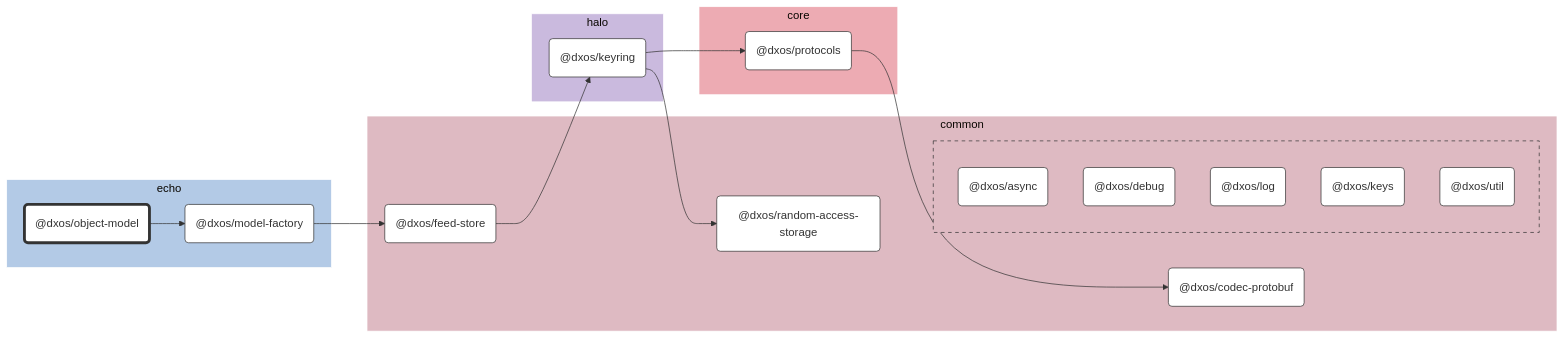
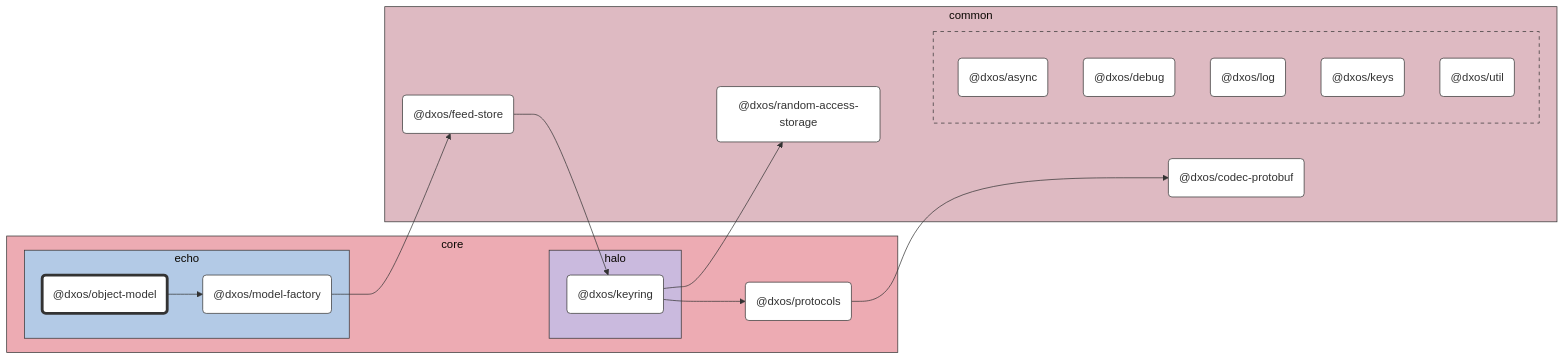
Before and after one commit to dxos/dxos: the diagram in packages/core/echo/object-model/docs/README.md, drawn with Mermaid (base theme). The commit also changed 89 other files, not shown here.

````diff
--- a/packages/core/echo/object-model/docs/README.md
+++ b/packages/core/echo/object-model/docs/README.md
@@ -7,64 +7,64 @@
 ```mermaid
 %%{ init: {'flowchart':{'curve':'basis'}} }%%
 
 flowchart LR
 
 %% Classes
 classDef def fill:#fff,stroke:#333,stroke-width:1px
 classDef root fill:#fff,stroke:#333,stroke-width:4px
 
 %% Nodes
 
-subgraph echo [echo]
-  style echo fill:#b3cae6,stroke:#fff
-  dxos/object-model("@dxos/object-model"):::root
-  click dxos/object-model "dxos/dxos/tree/main/packages/core/echo/object-model/docs"
-  dxos/model-factory("@dxos/model-factory"):::def
-  click dxos/model-factory "dxos/dxos/tree/main/packages/core/echo/model-factory/docs"
+subgraph core [core]
+  style core fill:#edabb3,stroke:#333
+  dxos/protocols("@dxos/protocols"):::def
+  click dxos/protocols "dxos/dxos/tree/main/packages/core/protocols/docs"
+
+  subgraph echo [echo]
+    style echo fill:#b3cae6,stroke:#333
+    dxos/object-model("@dxos/object-model"):::root
+    click dxos/object-model "dxos/dxos/tree/main/packages/core/echo/object-model/docs"
+    dxos/model-factory("@dxos/model-factory"):::def
+    click dxos/model-factory "dxos/dxos/tree/main/packages/core/echo/model-factory/docs"
+  end
+
+  subgraph halo [halo]
+    style halo fill:#cabade,stroke:#333
+    dxos/keyring("@dxos/keyring"):::def
+    click dxos/keyring "dxos/dxos/tree/main/packages/core/halo/keyring/docs"
+  end
 end
 
 subgraph common [common]
-  style common fill:#debac2,stroke:#fff
+  style common fill:#debac2,stroke:#333
   dxos/codec-protobuf("@dxos/codec-protobuf"):::def
   click dxos/codec-protobuf "dxos/dxos/tree/main/packages/common/codec-protobuf/docs"
   dxos/feed-store("@dxos/feed-store"):::def
   click dxos/feed-store "dxos/dxos/tree/main/packages/common/feed-store/docs"
   dxos/random-access-storage("@dxos/random-access-storage"):::def
   click dxos/random-access-storage "dxos/dxos/tree/main/packages/common/random-access-storage/docs"
 
-  subgraph common-excluded [ ]
-    style common-excluded fill:#debac2,stroke:#333,stroke-dasharray:5 5
+  subgraph _ [ ]
+    style _ fill:#debac2,stroke:#333,stroke-dasharray:5 5
     dxos/async("@dxos/async"):::def
     click dxos/async "dxos/dxos/tree/main/packages/common/async/docs"
     dxos/debug("@dxos/debug"):::def
     click dxos/debug "dxos/dxos/tree/main/packages/common/debug/docs"
     dxos/log("@dxos/log"):::def
     click dxos/log "dxos/dxos/tree/main/packages/common/log/docs"
     dxos/keys("@dxos/keys"):::def
     click dxos/keys "dxos/dxos/tree/main/packages/common/keys/docs"
     dxos/util("@dxos/util"):::def
     click dxos/util "dxos/dxos/tree/main/packages/common/util/docs"
   end
 end
 
-subgraph halo [halo]
-  style halo fill:#cabade,stroke:#fff
-  dxos/keyring("@dxos/keyring"):::def
-  click dxos/keyring "dxos/dxos/tree/main/packages/core/halo/keyring/docs"
-end
-
-subgraph core [core]
-  style core fill:#edabb3,stroke:#fff
-  dxos/protocols("@dxos/protocols"):::def
-  click dxos/protocols "dxos/dxos/tree/main/packages/core/protocols/docs"
-end
-
 %% Links
 linkStyle default stroke:#333,stroke-width:1px
 dxos/object-model --> dxos/model-factory
 dxos/model-factory --> dxos/feed-store
 dxos/feed-store --> dxos/keyring
 dxos/keyring --> dxos/protocols
 dxos/protocols --> dxos/codec-protobuf
 dxos/keyring --> dxos/random-access-storage
 ```
````
